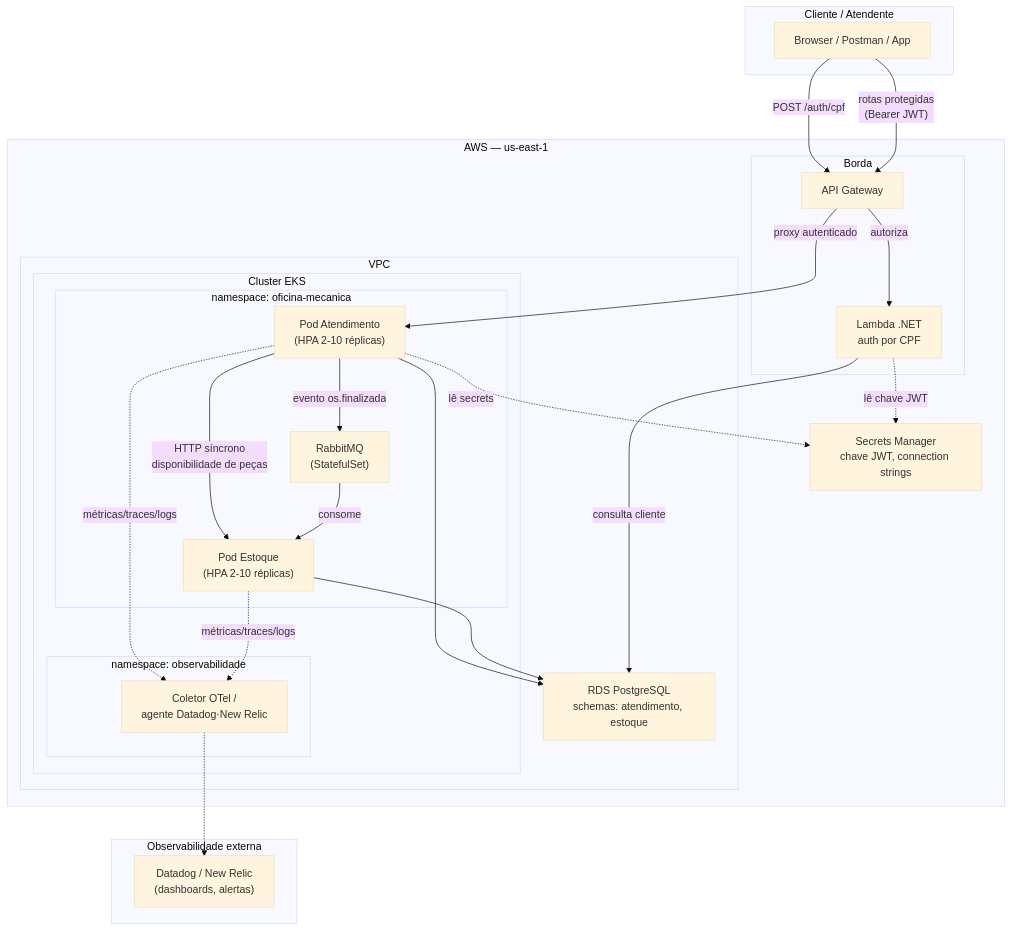
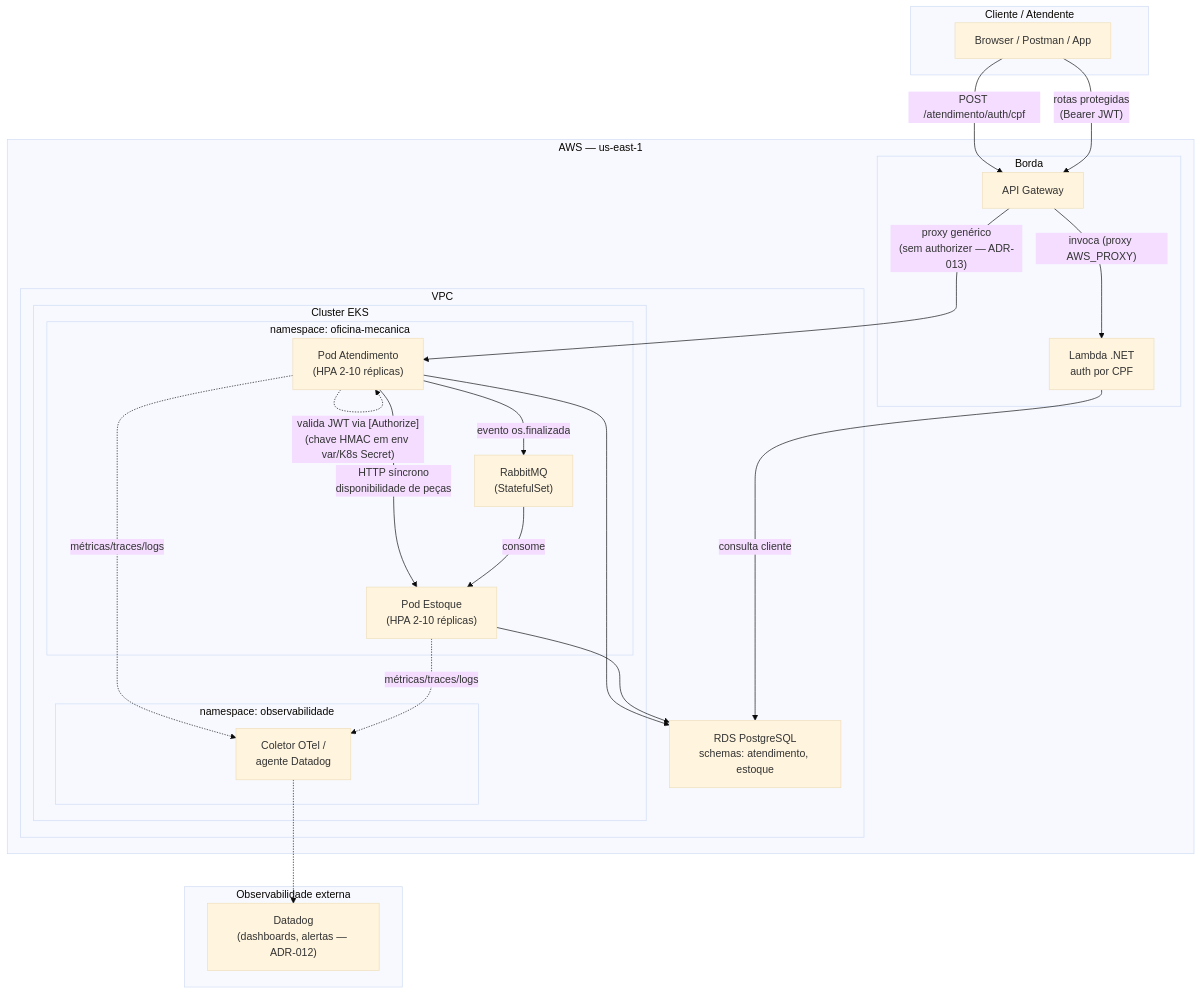
Before and after one commit to LucazDenadai/tech-challenge-docs: the diagram in diagramas/diagrama-componentes.md, drawn with Mermaid (base theme). The commit also changed other lines of this file and 7 other files, not shown here.

Commit message:
CARD-31: registra adr-012 observabilidade e adr-013 authorize no atendimento

````diff
--- a/diagramas/diagrama-componentes.md
+++ b/diagramas/diagrama-componentes.md
@@ -5,49 +5,46 @@
 ```mermaid
 flowchart TB
     subgraph Cliente["Cliente / Atendente"]
         Browser["Browser / Postman / App"]
     end
 
     subgraph AWS["AWS — us-east-1"]
         subgraph Edge["Borda"]
             APIGW["API Gateway"]
             Lambda["Lambda .NET\nauth por CPF"]
         end
 
         subgraph VPC["VPC"]
             subgraph EKS["Cluster EKS"]
                 subgraph NsApp["namespace: oficina-mecanica"]
                     Atendimento["Pod Atendimento\n(HPA 2-10 réplicas)"]
                     Estoque["Pod Estoque\n(HPA 2-10 réplicas)"]
                     RabbitMQ["RabbitMQ\n(StatefulSet)"]
                 end
                 subgraph NsObs["namespace: observabilidade"]
-                    Otel["Coletor OTel /\nagente Datadog·New Relic"]
+                    Otel["Coletor OTel /\nagente Datadog"]
                 end
             end
             RDS["RDS PostgreSQL\nschemas: atendimento, estoque"]
         end
-
-        SecretsManager["Secrets Manager\nchave JWT, connection strings"]
     end
 
     subgraph Obs["Observabilidade externa"]
-        DatadogNR["Datadog / New Relic\n(dashboards, alertas)"]
+        DatadogExt["Datadog\n(dashboards, alertas — ADR-012)"]
     end
 
-    Browser -->|"POST /auth/cpf"| APIGW
+    Browser -->|"POST /atendimento/auth/cpf"| APIGW
     Browser -->|"rotas protegidas\n(Bearer JWT)"| APIGW
-    APIGW -->|"autoriza"| Lambda
-    APIGW -->|"proxy autenticado"| Atendimento
+    APIGW -->|"invoca (proxy AWS_PROXY)"| Lambda
+    APIGW -->|"proxy genérico\n(sem authorizer — ADR-013)"| Atendimento
     Lambda -->|"consulta cliente"| RDS
-    Lambda -.->|"lê chave JWT"| SecretsManager
-    Atendimento -.->|"lê secrets"| SecretsManager
+    Atendimento -.->|"valida JWT via [Authorize]\n(chave HMAC em env var/K8s Secret)"| Atendimento
     Atendimento -->|"HTTP síncrono\ndisponibilidade de peças"| Estoque
     Atendimento -->|"evento os.finalizada"| RabbitMQ
     RabbitMQ -->|"consome"| Estoque
     Atendimento --> RDS
     Estoque --> RDS
     Atendimento -.->|"métricas/traces/logs"| Otel
     Estoque -.->|"métricas/traces/logs"| Otel
-    Otel -.-> DatadogNR
+    Otel -.-> DatadogExt
 ```
````
